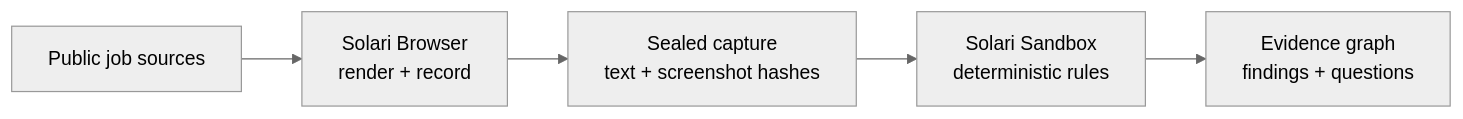
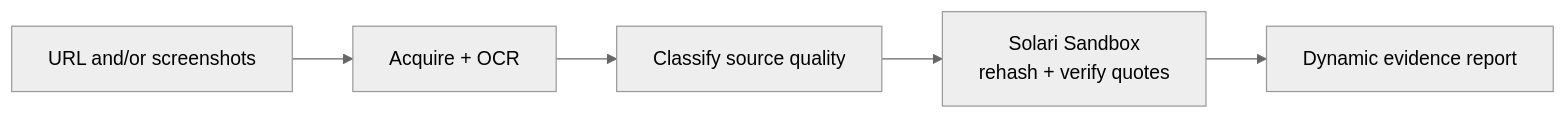
Before and after one commit to marcusmayo/roletruth: the diagram in README.md, drawn with Mermaid (neutral theme). The commit also changed other lines of this file and 19 other files, not shown here.

Commit message:
Make RoleTruth dynamic and evidence-driven

````diff
--- a/README.md
+++ b/README.md
@@ -72,7 +48,7 @@
 ```mermaid
 flowchart LR
-  A["Public job sources"] --> B["Solari Browser<br/>render + record"]
-  B --> C["Sealed capture<br/>text + screenshot hashes"]
-  C --> D["Solari Sandbox<br/>deterministic rules"]
-  D --> E["Evidence graph<br/>findings + questions"]
+  A["URL and/or screenshots"] --> B["Acquire + OCR"]
+  B --> C["Classify source quality"]
+  C --> D["Solari Sandbox<br/>rehash + verify quotes"]
+  D --> E["Dynamic evidence report"]
 ```
````
